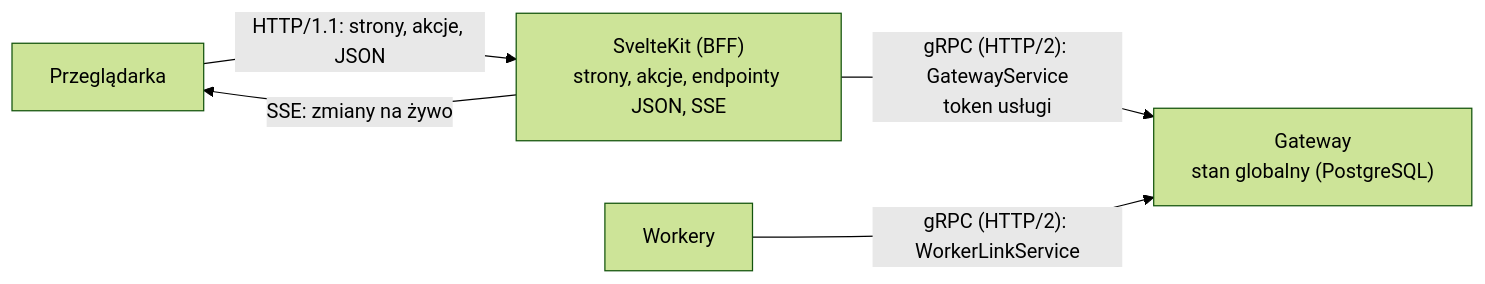
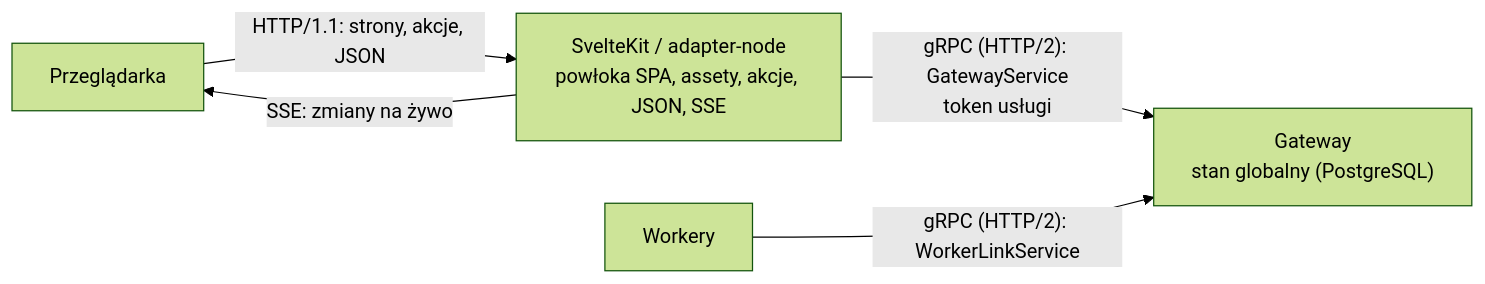
The diagram in docs/ui-api.md (itsoltech/canopy), drawn with Mermaid (forest theme) before and after one commit. The commit also changed other lines of this file and 35 other files, not shown here.

````diff
--- a/docs/ui-api.md
+++ b/docs/ui-api.md
@@ -14,11 +14,11 @@
 ```mermaid
 flowchart LR
     B["Przeglądarka"]
-    K["SvelteKit (BFF)<br/>strony, akcje, endpointy JSON, SSE"]
+    K["SvelteKit / adapter-node<br/>powłoka SPA, assety, akcje, JSON, SSE"]
     G["Gateway<br/>stan globalny (PostgreSQL)"]
     W["Workery"]
     B -- "HTTP/1.1: strony, akcje, JSON" --> K
     K -- "SSE: zmiany na żywo" --> B
     K -- "gRPC (HTTP/2): GatewayService<br/>token usługi" --> G
     W -- "gRPC (HTTP/2): WorkerLinkService" --> G
 ```
````
